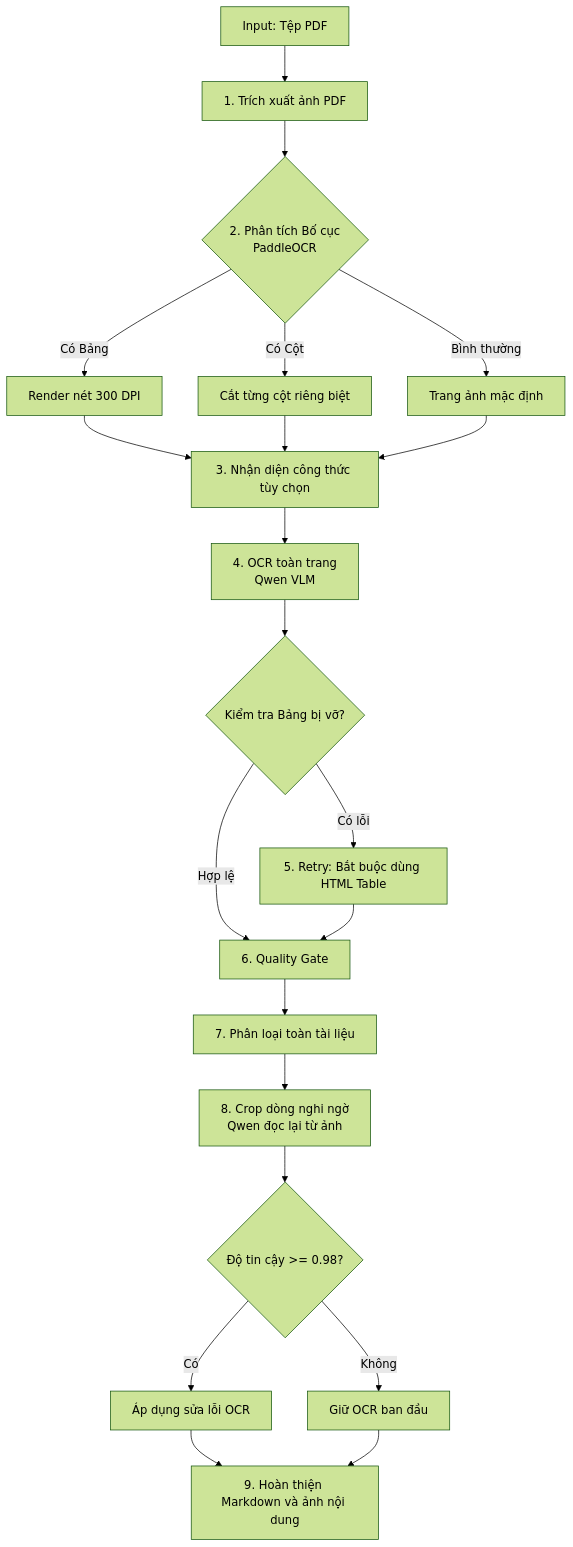
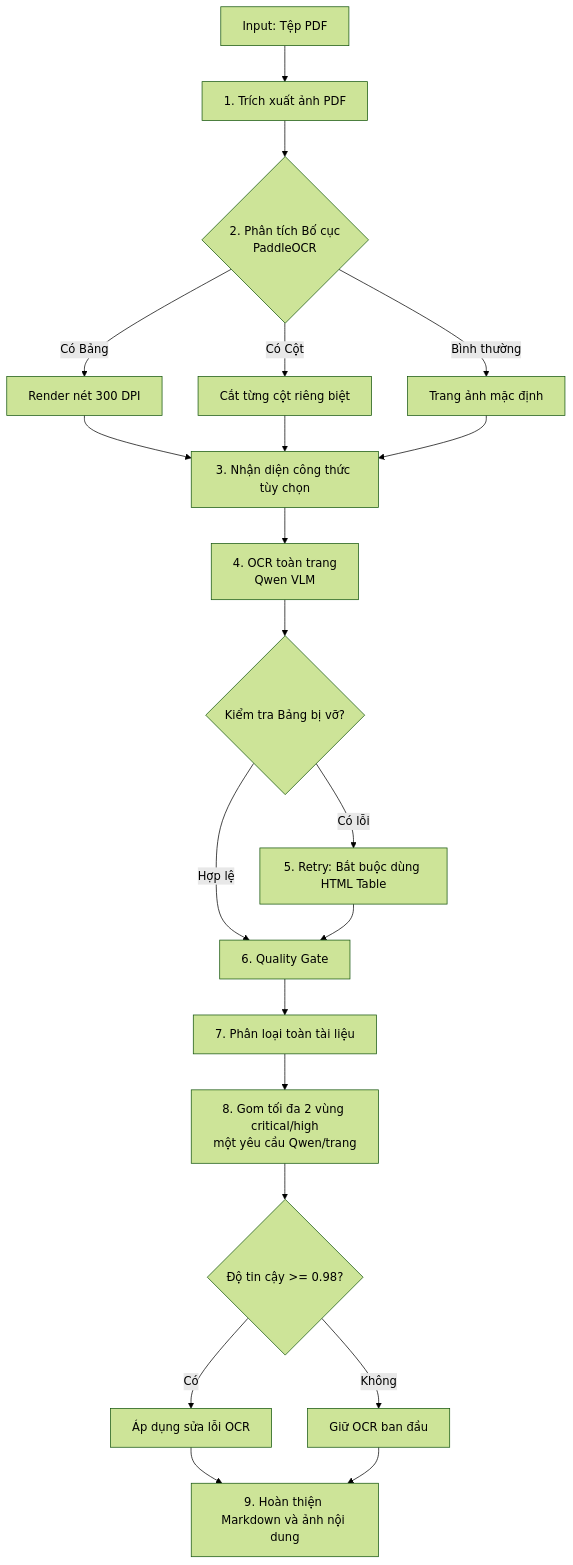
The diagram in README.md (luannguyenn889/qwen-ocr-ollama), drawn with Mermaid (forest theme) before and after one commit. The commit also changed other lines of this file and 20 other files, not shown here.

````diff
--- a/README.md
+++ b/README.md
@@ -65,24 +94,24 @@
 ```mermaid
 graph TD
     A[Input: Tệp PDF] --> B[1. Trích xuất ảnh PDF]
     B --> C{2. Phân tích Bố cục<br/>PaddleOCR}
     C -->|Có Bảng| D[Render nét 300 DPI]
     C -->|Có Cột| E[Cắt từng cột riêng biệt]
     C -->|Bình thường| F[Trang ảnh mặc định]
     D --> G
     E --> G
     F --> G
     G[3. Nhận diện công thức tùy chọn]
     G --> H[4. OCR toàn trang<br/>Qwen VLM]
     H --> I{Kiểm tra Bảng bị vỡ?}
     I -->|Có lỗi| J[5. Retry: Bắt buộc dùng HTML Table]
     I -->|Hợp lệ| K[6. Quality Gate]
     J --> K
     K --> L[7. Phân loại toàn tài liệu]
-    L --> N[8. Crop dòng nghi ngờ<br/>Qwen đọc lại từ ảnh]
+    L --> N[8. Gom tối đa 2 vùng critical/high<br/>một yêu cầu Qwen/trang]
     N --> O{Độ tin cậy >= 0.98?}
     O -->|Có| P[Áp dụng sửa lỗi OCR]
     O -->|Không| Q[Giữ OCR ban đầu]
     P --> M[9. Hoàn thiện Markdown và ảnh nội dung]
     Q --> M
 ```
````
